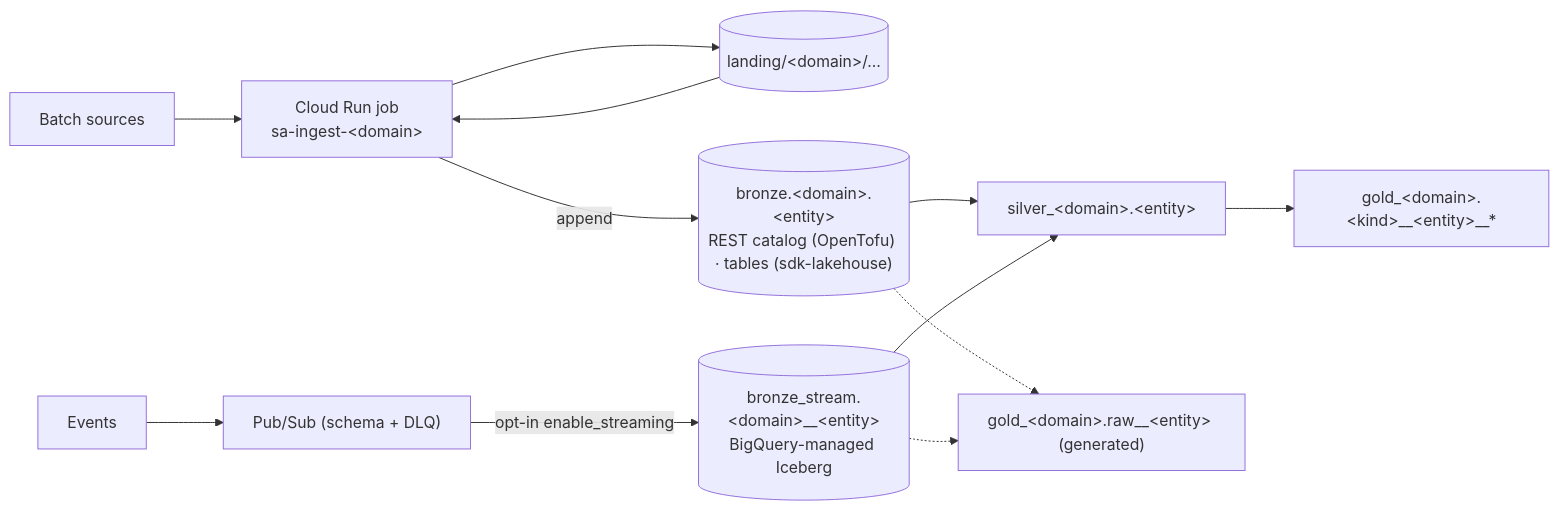
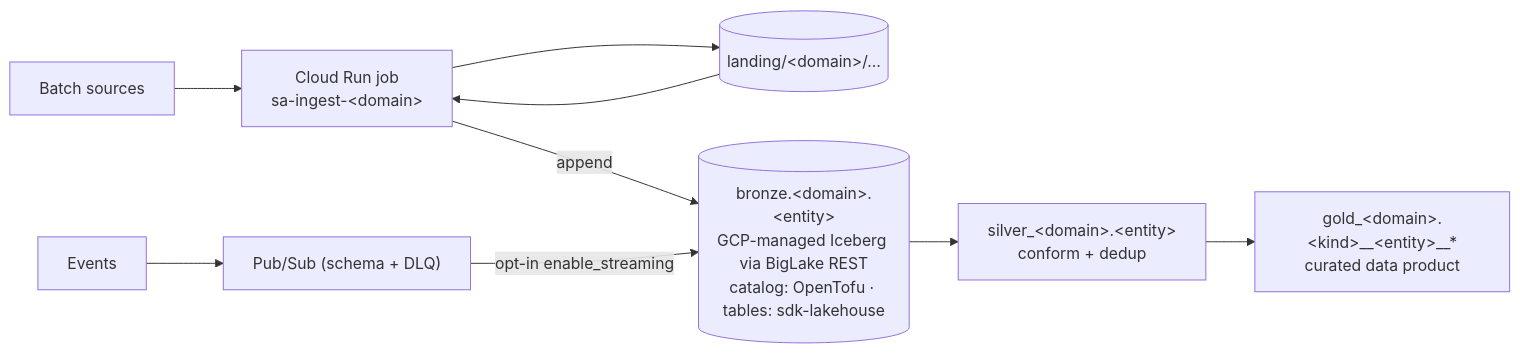
Before and after one commit to x-ruiz/playground-cloud-engineering: the second of 2 diagrams in platform_unified_data_gcp/specs/05_data_lakehouse_architecture.md, drawn with Mermaid. The commit also changed other lines of this file and 3 other files, not shown here.

Commit message:
docs(udp-gcp): refine spec 05 architecture and clean up graduated bootstrap refs

````diff
--- a/platform_unified_data_gcp/specs/05_data_lakehouse_architecture.md
+++ b/platform_unified_data_gcp/specs/05_data_lakehouse_architecture.md
@@ -55,11 +55,8 @@
 ```mermaid
 flowchart LR
     SRC["Batch sources"] --> CRJ["Cloud Run job<br/>sa-ingest-&lt;domain&gt;"] --> LAND[("landing/&lt;domain&gt;/…")] --> CRJ
-    CRJ -->|append| BRZ[("bronze.&lt;domain&gt;.&lt;entity&gt;<br/>REST catalog (OpenTofu) · tables (sdk-lakehouse)")]
-    EVT["Events"] --> PS["Pub/Sub (schema + DLQ)"] -->|"opt-in enable_streaming"| BRS[("bronze_stream.&lt;domain&gt;__&lt;entity&gt;<br/>BigQuery-managed Iceberg")]
-    BRZ --> SIL["silver_&lt;domain&gt;.&lt;entity&gt;"]
-    BRS --> SIL
-    SIL --> CUR["gold_&lt;domain&gt;.&lt;kind&gt;__&lt;entity&gt;__*"]
-    BRZ -.-> RAW["gold_&lt;domain&gt;.raw__&lt;entity&gt; (generated)"]
-    BRS -.-> RAW
+    CRJ -->|append| BRZ[("bronze.&lt;domain&gt;.&lt;entity&gt;<br/>GCP-managed Iceberg via BigLake REST<br/>catalog: OpenTofu · tables: sdk-lakehouse")]
+    EVT["Events"] --> PS["Pub/Sub (schema + DLQ)"] -->|"opt-in enable_streaming"| BRZ
+    BRZ --> SIL["silver_&lt;domain&gt;.&lt;entity&gt;<br/>conform + dedup"]
+    SIL --> CUR["gold_&lt;domain&gt;.&lt;kind&gt;__&lt;entity&gt;__*<br/>curated data product"]
 ```
````
